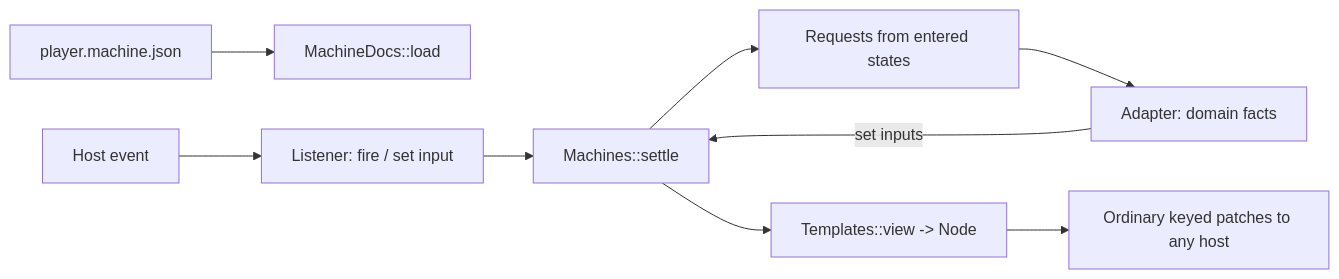
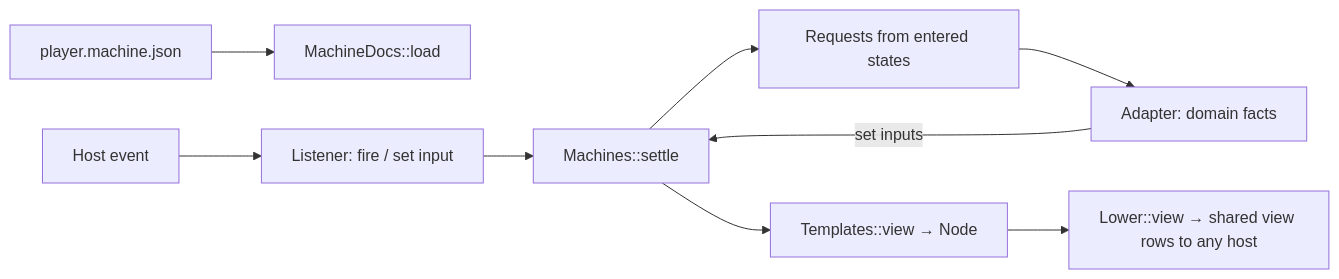
One commit to Nimblesite/osprey changed the diagram in docs/specs/platforms/UiMachines.md. Above: the diagram before and after it, drawn with Mermaid. The commit also changed other lines of this file and 5 other files, not shown here.

````diff
--- a/docs/specs/platforms/UiMachines.md
+++ b/docs/specs/platforms/UiMachines.md
@@ -7,11 +7,11 @@
 ```mermaid
 flowchart LR
     D[player.machine.json] --> M[MachineDocs::load]
     H[Host event] --> L[Listener: fire / set input]
     L --> S[Machines::settle]
     A[Adapter: domain facts] -->|set inputs| S
     S --> R[Requests from entered states]
     R --> A
-    S --> V[Templates::view -> Node]
-    V --> P[Ordinary keyed patches to any host]
+    S --> V["Templates::view → Node"]
+    V --> P["Lower::view → shared view rows to any host"]
 ```
````
